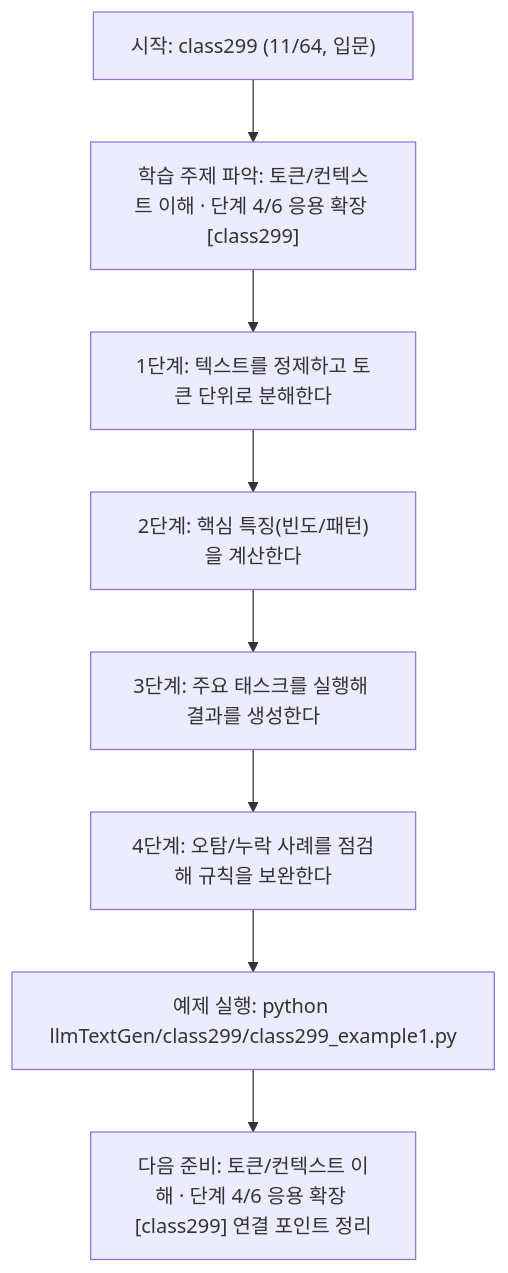
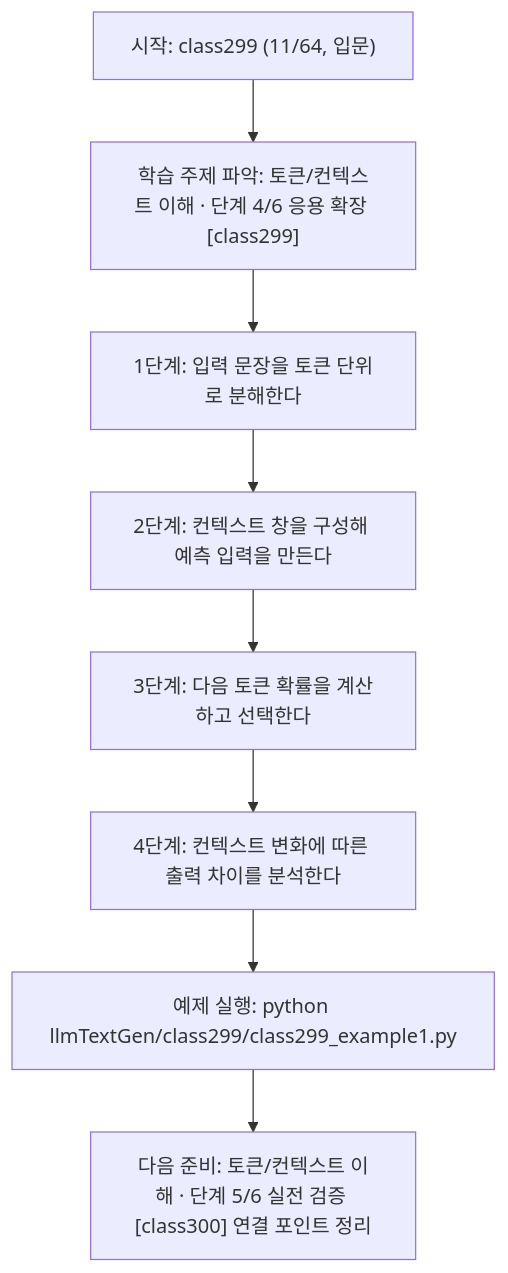
The diagram in llmTextGen/class299/class299.md (edumgt/Python-AI_Agent-Class), drawn with Mermaid before and after one commit. The commit also changed other lines of this file and 451 other files, not shown here.

````diff
--- a/llmTextGen/class299/class299.md
+++ b/llmTextGen/class299/class299.md
@@ -114,18 +95,18 @@
 ```mermaid
 flowchart TD
 N1["시작: class299 (11/64, 입문)"]
 N2["학습 주제 파악: 토큰/컨텍스트 이해 · 단계 4/6 응용 확장 [class299]"]
-N3["1단계: 텍스트를 정제하고 토큰 단위로 분해한다"]
-N4["2단계: 핵심 특징(빈도/패턴)을 계산한다"]
-N5["3단계: 주요 태스크를 실행해 결과를 생성한다"]
-N6["4단계: 오탐/누락 사례를 점검해 규칙을 보완한다"]
+N3["1단계: 입력 문장을 토큰 단위로 분해한다"]
+N4["2단계: 컨텍스트 창을 구성해 예측 입력을 만든다"]
+N5["3단계: 다음 토큰 확률을 계산하고 선택한다"]
+N6["4단계: 컨텍스트 변화에 따른 출력 차이를 분석한다"]
 N7["예제 실행: python llmTextGen/class299/class299_example1.py"]
-N8["다음 준비: 토큰/컨텍스트 이해 · 단계 4/6 응용 확장 [class299] 연결 포인트 정리"]
+N8["다음 준비: 토큰/컨텍스트 이해 · 단계 5/6 실전 검증 [class300] 연결 포인트 정리"]
 N1 --> N2
 N2 --> N3
 N3 --> N4
 N4 --> N5
 N5 --> N6
 N6 --> N7
 N7 --> N8
 ```
````
